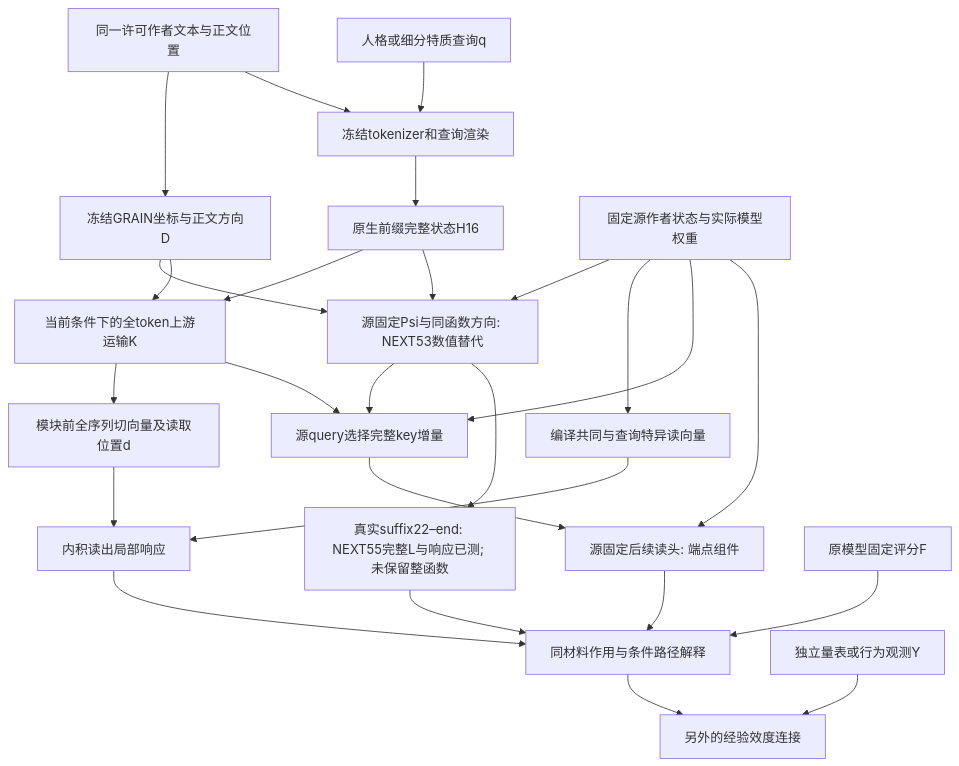
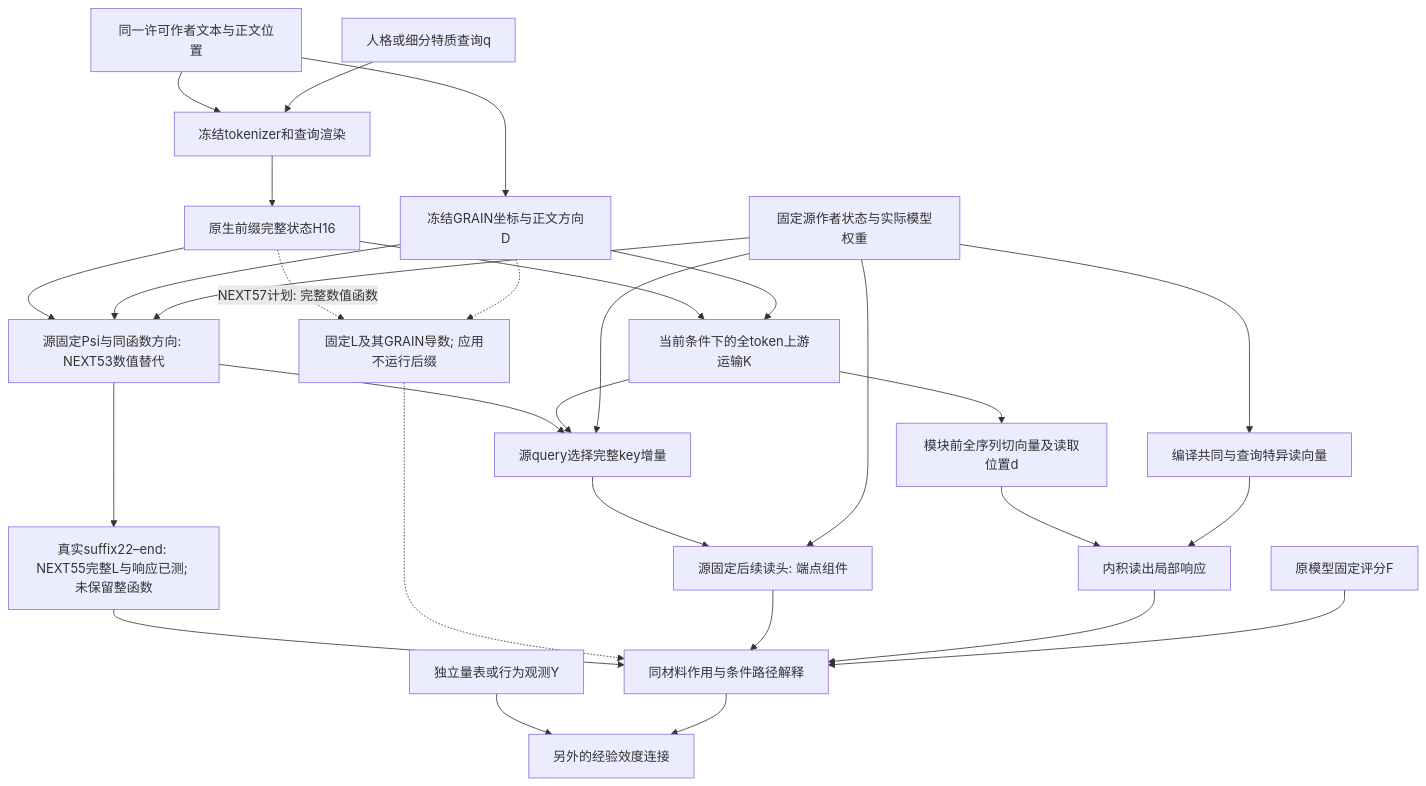
One commit to reiserhhh/GRAIN changed the diagram in docs/GRAIN_UPSTREAM_MECHANISM_INTEGRATION_V1.md. Above: the diagram before and after it, drawn with Mermaid. The commit also changed other lines of this file and 25 other files, not shown here.

````diff
--- a/docs/GRAIN_UPSTREAM_MECHANISM_INTEGRATION_V1.md
+++ b/docs/GRAIN_UPSTREAM_MECHANISM_INTEGRATION_V1.md
@@ -8,28 +8,31 @@
 ```mermaid
 flowchart TD
   T[同一许可作者文本与正文位置] --> G[冻结GRAIN坐标与正文方向D]
   T --> R[冻结tokenizer和查询渲染]
   Q[人格或细分特质查询q] --> R
   R --> H[原生前缀完整状态H16]
   H --> K[当前条件下的全token上游运输K]
   H --> P[源固定Psi与同函数方向: NEXT53数值替代]
   G --> P
   S --> P
   P --> U
   P --> W[真实suffix22–end: NEXT55完整L与响应已测; 未保留整函数]
   W --> J
+  H -. NEXT57计划: 完整数值函数 .-> Z[固定L及其GRAIN导数; 应用不运行后缀]
+  G -.-> Z
+  Z -.-> J
   G --> K
   K --> D[模块前全序列切向量及读取位置d]
   S[固定源作者状态与实际模型权重] --> V[编译共同与查询特异读向量]
   D --> A[内积读出局部响应]
   V --> A
   K --> U[源query选择完整key增量]
   S --> U
   U --> C[源固定后续读头: 端点组件]
   S --> C
   C --> J
   A --> J[同材料作用与条件路径解释]
   F[原模型固定评分F] --> J
   Y[独立量表或行为观测Y] --> E[另外的经验效度连接]
   J --> E
 ```
````
